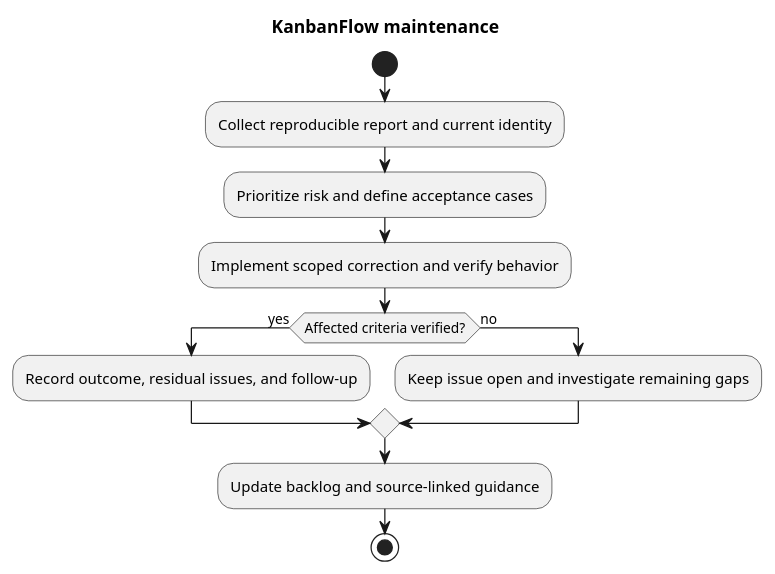
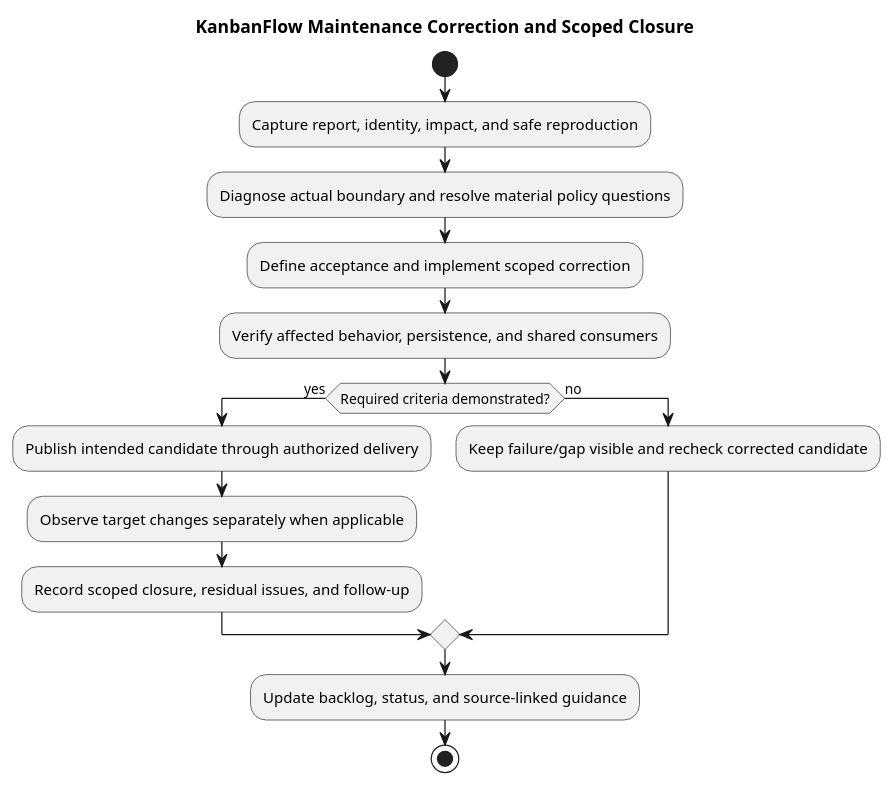
The diagram in docs/SDLC/08-maintenance/maintenance.md (Farhad-Valizadegan/Web-KanbanFlow), drawn with PlantUML before and after one commit. The commit also changed other lines of this file and 2 other files, not shown here.

Commit message:
docs: complete maintenance workflow and scoped closure guidance

````diff
--- a/docs/SDLC/08-maintenance/maintenance.md
+++ b/docs/SDLC/08-maintenance/maintenance.md
@@ -35,16 +119,19 @@
 ```plantuml
 @startuml
-title KanbanFlow maintenance
+title KanbanFlow Maintenance Correction and Scoped Closure
 start
-:Collect reproducible report and current identity;
-:Prioritize risk and define acceptance cases;
-:Implement scoped correction and verify behavior;
-if (Affected criteria verified?) then (yes)
-:Record outcome, residual issues, and follow-up;
+:Capture report, identity, impact, and safe reproduction;
+:Diagnose actual boundary and resolve material policy questions;
+:Define acceptance and implement scoped correction;
+:Verify affected behavior, persistence, and shared consumers;
+if (Required criteria demonstrated?) then (yes)
+ :Publish intended candidate through authorized delivery;
+ :Observe target changes separately when applicable;
+ :Record scoped closure, residual issues, and follow-up;
 else (no)
-:Keep issue open and investigate remaining gaps;
+ :Keep failure/gap visible and recheck corrected candidate;
 endif
-:Update backlog and source-linked guidance;
+:Update backlog, status, and source-linked guidance;
 stop
 @enduml
 ```
````
